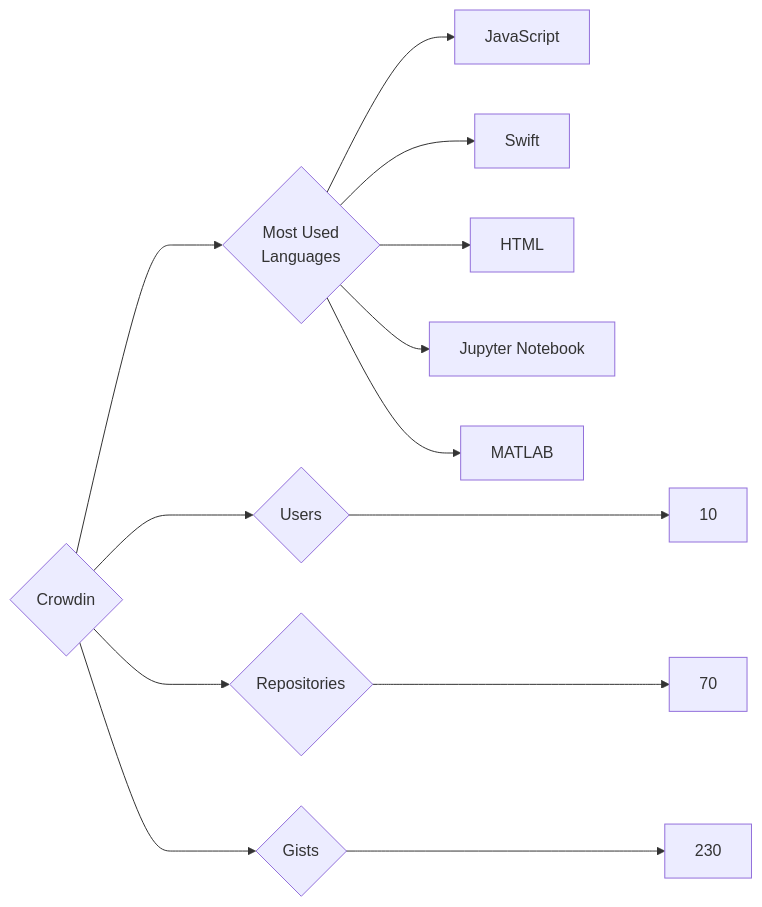
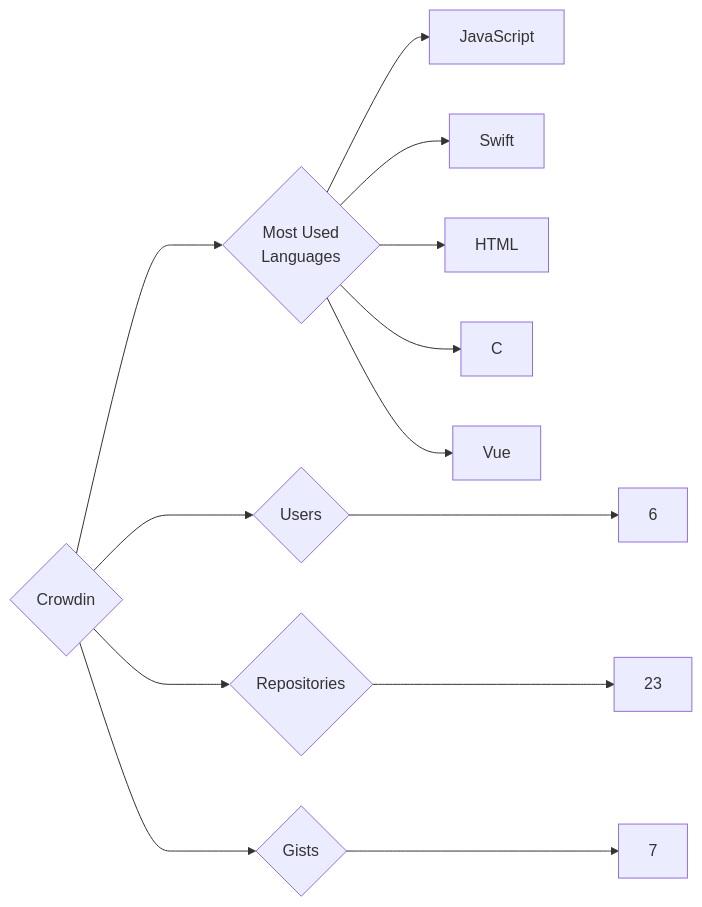
One commit to trickest/insiders changed the diagram in targets/Crowdin/README.md. Above: the diagram before and after it, drawn with Mermaid. The commit also changed 1055 other files, not shown here.

````diff
--- a/targets/Crowdin/README.md
+++ b/targets/Crowdin/README.md
@@ -3,13 +3,13 @@
 ```mermaid
 graph LR
 COMPANY_NAME{Crowdin}
-COMPANY_NAME ---> U{Users} ---> UN[10]
-COMPANY_NAME ---> R{Repositories} ---> RN[70]
-COMPANY_NAME ---> G{Gists} ---> GN[230]
+COMPANY_NAME ---> U{Users} ---> UN[6]
+COMPANY_NAME ---> R{Repositories} ---> RN[23]
+COMPANY_NAME ---> G{Gists} ---> GN[7]
 COMPANY_NAME ---> ML{Most Used<br>Languages}
 ML --> JavaScript[JavaScript]
 ML --> Swift[Swift]
 ML --> HTML[HTML]
-ML --> Jupyter_Notebook[Jupyter Notebook]
-ML --> MATLAB[MATLAB]
+ML --> C[C]
+ML --> Vue[Vue]
 ```
````
